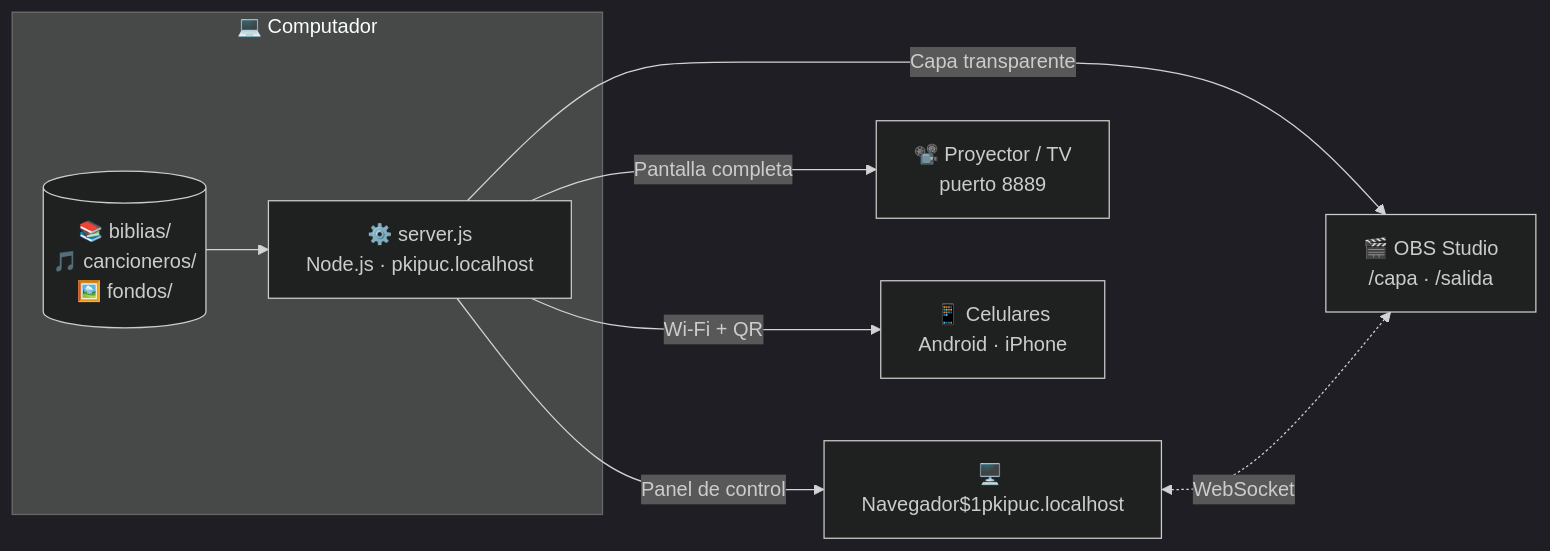
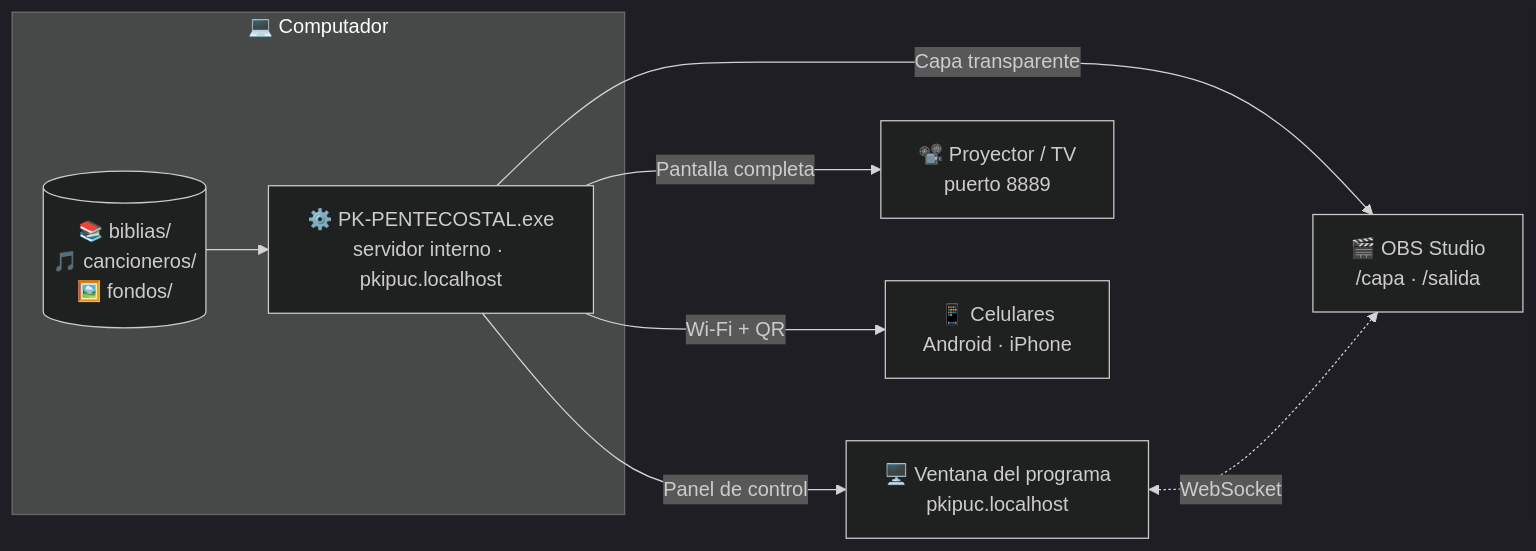
Before and after one commit to Sebaslw/PK-PENTECOSTAL: the first of 2 diagrams in README.md, drawn with Mermaid (dark theme). The commit also changed other lines of this file and 13 other files, not shown here.

First line of the commit message:
PK-PENTECOSTAL 2.0.0: app de escritorio para Windows sin Node.js

````diff
--- a/README.md
+++ b/README.md
@@ -206,13 +207,13 @@
 ```mermaid
 flowchart LR
     subgraph PC["💻 Computador"]
-        S["⚙️ server.js<br/>Node.js · pkipuc.localhost"]
+        S["⚙️ PK-PENTECOSTAL.exe<br/>servidor interno · pkipuc.localhost"]
         D[("📚 biblias/<br/>🎵 cancioneros/<br/>🖼️ fondos/")]
         D --> S
     end
-    S -- "Panel de control" --> P["🖥️ Navegador$1pkipuc.localhost"]
+    S -- "Panel de control" --> P["🖥️ Ventana del programa<br/>pkipuc.localhost"]
     S -- "Pantalla completa" --> R["📽️ Proyector / TV<br/>puerto 8889"]
     S -- "Capa transparente" --> O["🎬 OBS Studio<br/>/capa · /salida"]
     S -- "Wi-Fi + QR" --> M["📱 Celulares<br/>Android · iPhone"]
     P <-. "WebSocket" .-> O
 ```
````
